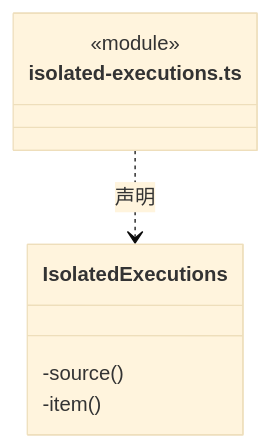
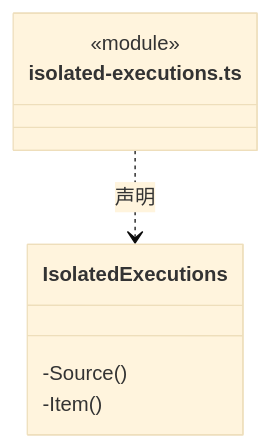
The fifth of 5 diagrams in src/logic/file-operations/service/ARCHITECTURE.md (nan023062/cbim), drawn with Mermaid (base theme) before and after one commit. The commit also changed other lines of this file and 1035 other files, not shown here.

````diff
--- a/src/logic/file-operations/service/ARCHITECTURE.md
+++ b/src/logic/file-operations/service/ARCHITECTURE.md
@@ -124,11 +124,11 @@
 ```mermaid
 classDiagram
 class N_src_logic_file_operations_service_isolated_executions_ts["isolated-executions.ts"] {
   <<module>>
 }
 class N_src_logic_file_operations_service_isolated_executions_ts_IsolatedExecutions["IsolatedExecutions"] {
-  -source()
-  -item()
+  -Source()
+  -Item()
 }
 N_src_logic_file_operations_service_isolated_executions_ts ..> N_src_logic_file_operations_service_isolated_executions_ts_IsolatedExecutions : 声明
 ```
````
